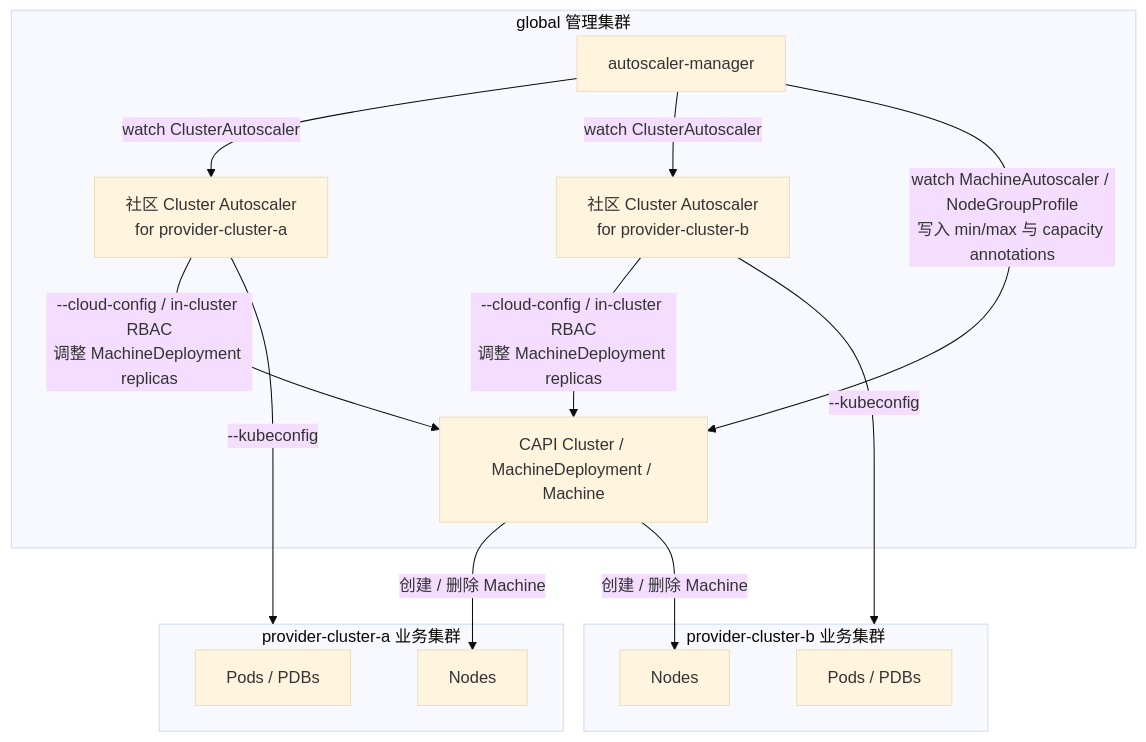
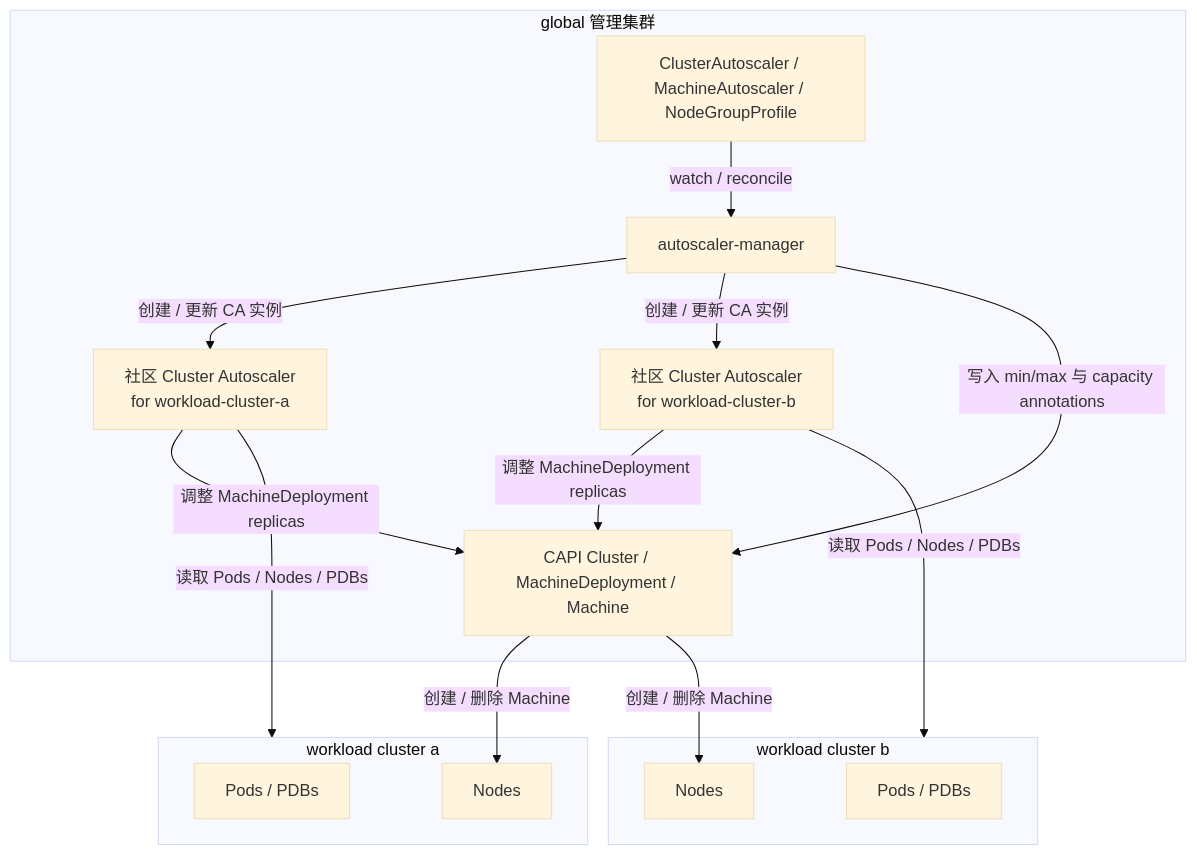
The second of 2 diagrams in cluster-autoscaler/proposals/cluster-autoscaler-acp-design.md (alauda/autoscaler), drawn with Mermaid (base theme) before and after one commit. The commit also changed other lines of this file and 1 other file, not shown here.

First line of the commit message:
Split ACP autoscaler proposal into research and design docs.

````diff
--- a/cluster-autoscaler/proposals/cluster-autoscaler-acp-design.md
+++ b/cluster-autoscaler/proposals/cluster-autoscaler-acp-design.md
@@ -488,30 +112,32 @@
 ```mermaid
 flowchart TB
-    subgraph Global[global 管理集群]
-      Manager[autoscaler-manager]
-      CAPI[CAPI Cluster / MachineDeployment / Machine]
-      CA1["社区 Cluster Autoscaler<br/>for provider-cluster-a"]
-      CA2["社区 Cluster Autoscaler<br/>for provider-cluster-b"]
+    subgraph Global["global 管理集群"]
+      Manager["autoscaler-manager"]
+      ACPCR["ClusterAutoscaler / MachineAutoscaler / NodeGroupProfile"]
+      CAPI["CAPI Cluster / MachineDeployment / Machine"]
+      CA1["社区 Cluster Autoscaler<br/>for workload-cluster-a"]
+      CA2["社区 Cluster Autoscaler<br/>for workload-cluster-b"]
     end
 
-    subgraph A[provider-cluster-a 业务集群]
-      APods[Pods / PDBs]
-      ANodes[Nodes]
+    subgraph A["workload cluster a"]
+      APods["Pods / PDBs"]
+      ANodes["Nodes"]
     end
 
-    subgraph B[provider-cluster-b 业务集群]
-      BPods[Pods / PDBs]
-      BNodes[Nodes]
+    subgraph B["workload cluster b"]
+      BPods["Pods / PDBs"]
+      BNodes["Nodes"]
     end
 
-    Manager -->|watch ClusterAutoscaler| CA1
-    Manager -->|watch ClusterAutoscaler| CA2
-    Manager -->|"watch MachineAutoscaler / NodeGroupProfile<br/>写入 min/max 与 capacity annotations"| CAPI
+    ACPCR -->|watch / reconcile| Manager
+    Manager -->|创建 / 更新 CA 实例| CA1
+    Manager -->|创建 / 更新 CA 实例| CA2
+    Manager -->|写入 min/max 与 capacity annotations| CAPI
 
-    CA1 -->|--kubeconfig| A
-    CA2 -->|--kubeconfig| B
-    CA1 -->|"--cloud-config / in-cluster RBAC<br/>调整 MachineDeployment replicas"| CAPI
-    CA2 -->|"--cloud-config / in-cluster RBAC<br/>调整 MachineDeployment replicas"| CAPI
+    CA1 -->|读取 Pods / Nodes / PDBs| A
+    CA2 -->|读取 Pods / Nodes / PDBs| B
+    CA1 -->|调整 MachineDeployment replicas| CAPI
+    CA2 -->|调整 MachineDeployment replicas| CAPI
     CAPI -->|创建 / 删除 Machine| ANodes
     CAPI -->|创建 / 删除 Machine| BNodes
 ```
````
